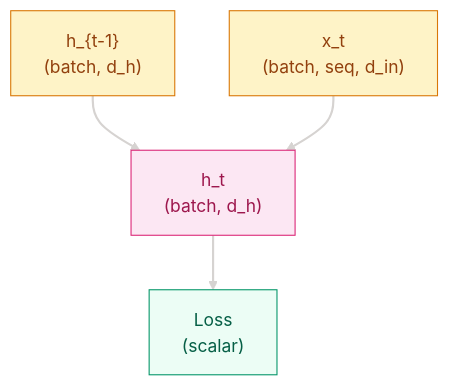
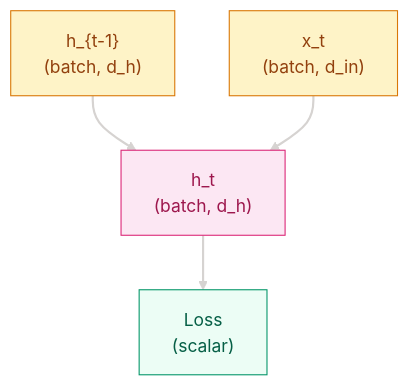
One commit to zkywsg/Daily-LLM changed the diagram in 02-Language-Transformers/recurrent-networks/README.md. Above: the diagram before and after it, drawn with Mermaid.

Commit message:
content: refine recurrent-networks Mermaid labels

````diff
--- a/02-Language-Transformers/recurrent-networks/README.md
+++ b/02-Language-Transformers/recurrent-networks/README.md
@@ -42,24 +42,21 @@
 ```mermaid
 graph TD
-    xt["x_t<br/>(batch, seq, d_in)"]
+    xt["x_t<br/>(batch, d_in)"]
     hprev["h_{t-1}<br/>(batch, d_h)"]
     ht["h_t<br/>(batch, d_h)"]
     loss["Loss<br/>(scalar)"]
 
     hprev --> ht
     xt --> ht
     ht --> loss
 
     linkStyle default stroke:#d6d3d1,stroke-width:2px;
 
     classDef input fill:#fef3c7,stroke:#d97706,color:#92400e;
     classDef compute fill:#fce7f3,stroke:#db2777,color:#9d174d;
     classDef output fill:#ecfdf5,stroke:#059669,color:#065f46;
-    classDef problem fill:#fff7ed,stroke:#ea580c,color:#9a3412;
-    classDef evolution fill:#eff6ff,stroke:#2563eb,color:#1e40af;
-
     class xt input;
     class hprev input;
     class ht compute;
     class loss output;
 ```
````
